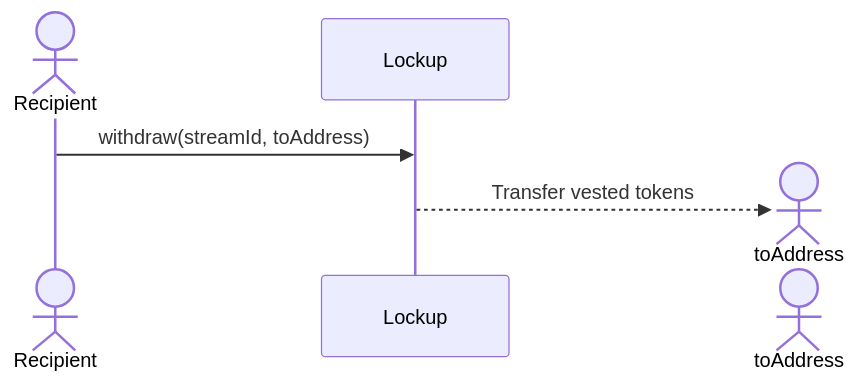
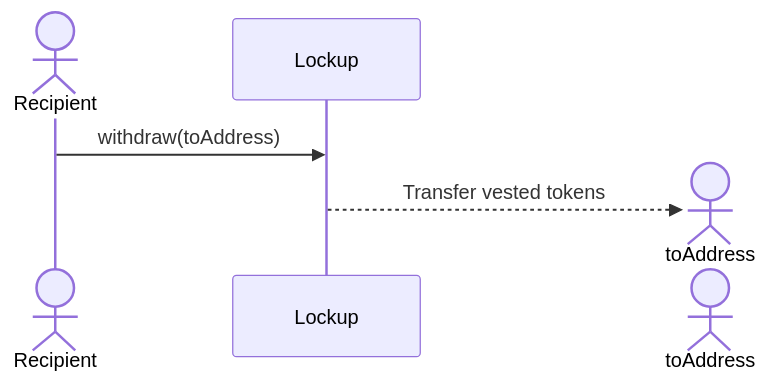
One commit to sablier-labs/docs changed the ninth of 11 diagrams in docs/reference/lockup/04-access-control.md. Above: the diagram before and after it, drawn with Mermaid. The commit also changed other lines of this file and 3 other files, not shown here.

Commit message:
removes streamId from sequence diagrams categorizes diagrams in Flow access control simplifies diagrams in Lockup access control defines ongoing debt in Flow overview fixes definition of snapshot debt in Flow overview adds abbreviations in Flow diagrams

````diff
--- a/docs/reference/lockup/04-access-control.md
+++ b/docs/reference/lockup/04-access-control.md
@@ -145,8 +143,8 @@
 ```mermaid
 sequenceDiagram
   actor Recipient
 
-  Recipient ->> Lockup: withdraw(streamId, toAddress)
+  Recipient ->> Lockup: withdraw(toAddress)
   Create actor toAddress
   Lockup -->> toAddress: Transfer vested tokens
 ```
````
